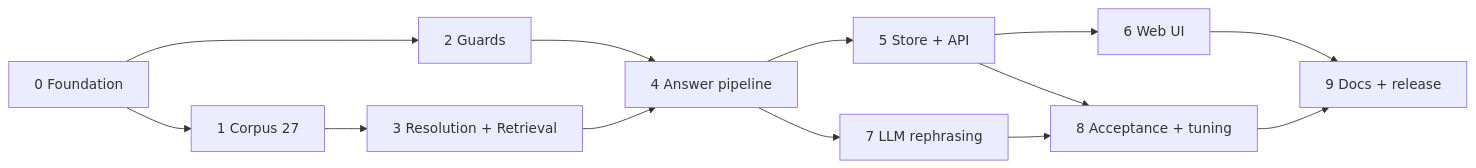
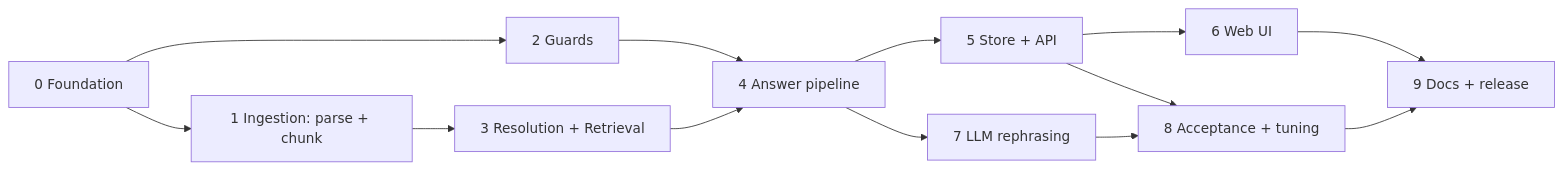
One commit to fxdarshan/02-BoloSIP changed the diagram in Doc/Implementation-plan.md. Above: the diagram before and after it, drawn with Mermaid. The commit also changed other lines of this file, not shown here.

````diff
--- a/Doc/Implementation-plan.md
+++ b/Doc/Implementation-plan.md
@@ -49,15 +49,15 @@
 ```mermaid
 flowchart LR
-    P0[0 Foundation] --> P1[1 Corpus 27]
+    P0[0 Foundation] --> P1[1 Ingestion: parse + chunk]
     P0 --> P2[2 Guards]
     P1 --> P3[3 Resolution + Retrieval]
     P2 --> P4[4 Answer pipeline]
     P3 --> P4
     P4 --> P5[5 Store + API]
     P4 --> P7[7 LLM rephrasing]
     P5 --> P6[6 Web UI]
     P5 --> P8[8 Acceptance + tuning]
     P7 --> P8
     P6 --> P9[9 Docs + release]
     P8 --> P9
 ```
````
